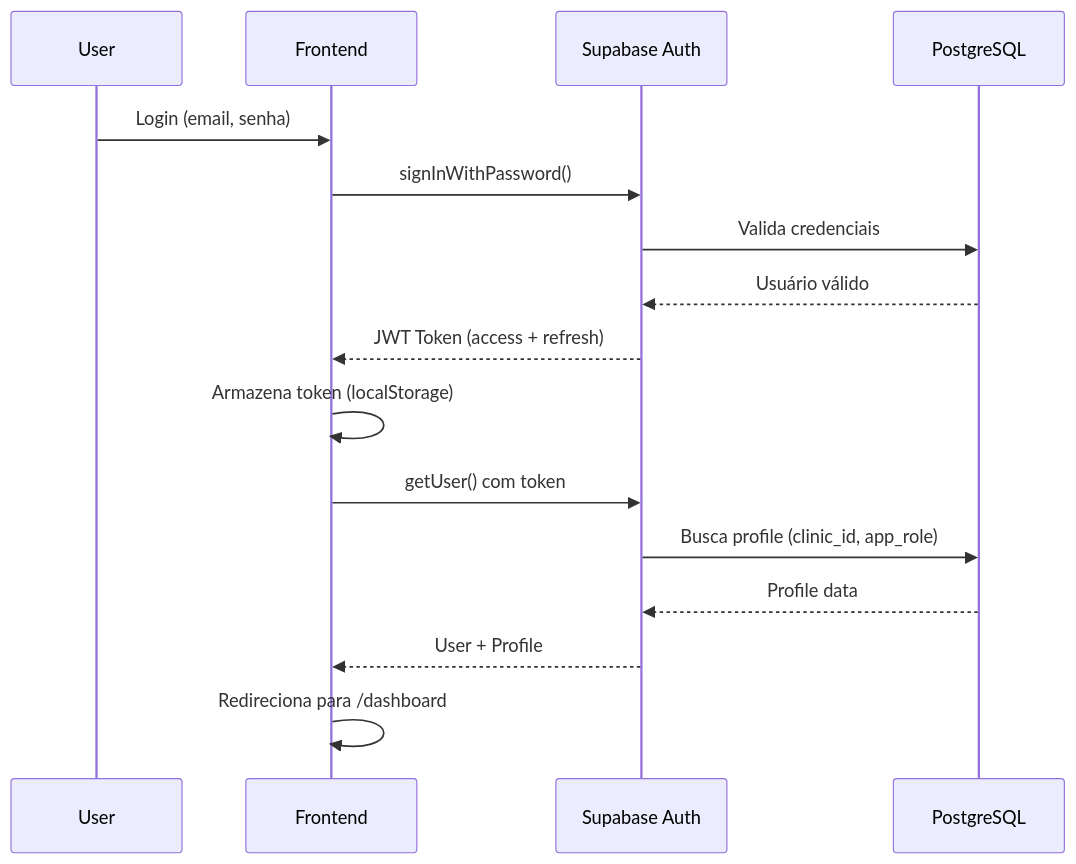
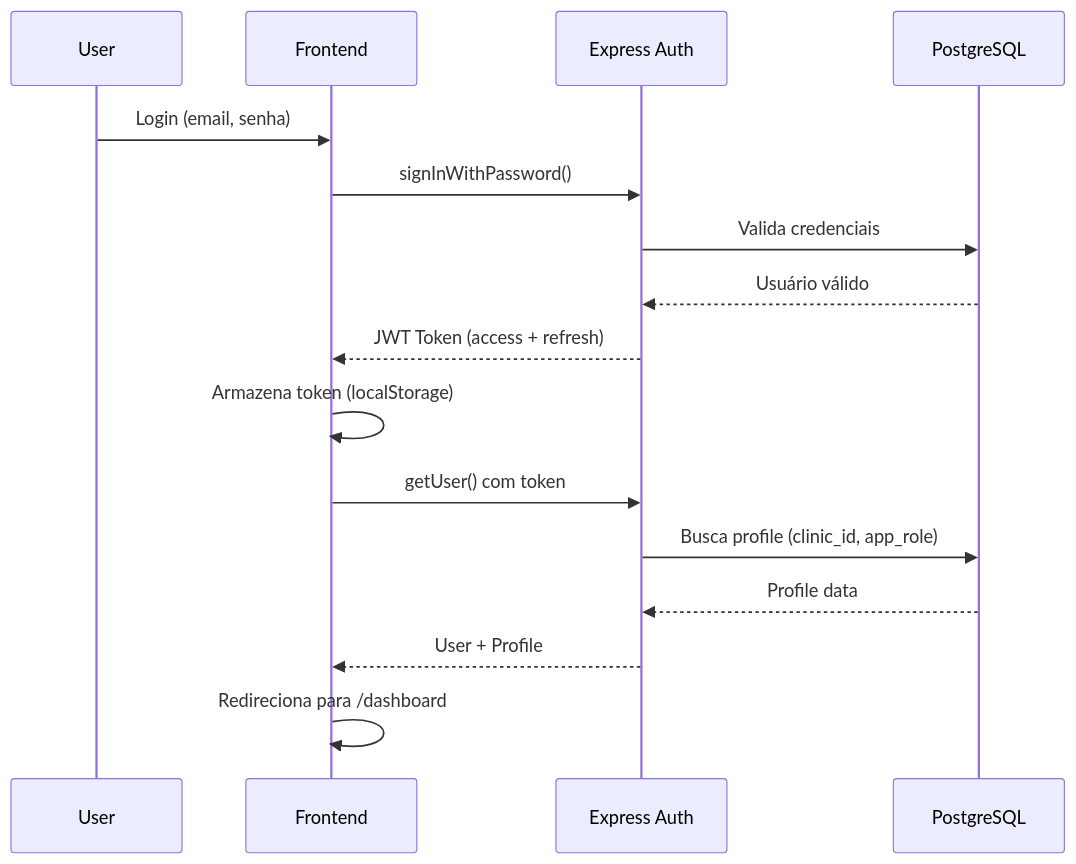
The fourth of 6 diagrams in docs/GUIAS-TECNICO/01-ARQUITETURA-GERAL.md (B0yZ4kr14/ortho-plus-modules-07b53a29), drawn with Mermaid before and after one commit. The commit also changed other lines of this file and 112 other files, not shown here.

First line of the commit message:
docs: add migration guides, architecture docs, and validation reports

````diff
--- a/docs/GUIAS-TECNICO/01-ARQUITETURA-GERAL.md
+++ b/docs/GUIAS-TECNICO/01-ARQUITETURA-GERAL.md
@@ -372,19 +372,19 @@
 ```mermaid
 sequenceDiagram
     participant U as User
     participant F as Frontend
-    participant SA as Supabase Auth
+    participant SA as Express Auth
     participant DB as PostgreSQL
     
     U->>F: Login (email, senha)
     F->>SA: signInWithPassword()
     SA->>DB: Valida credenciais
     DB-->>SA: Usuário válido
     SA-->>F: JWT Token (access + refresh)
     F->>F: Armazena token (localStorage)
     F->>SA: getUser() com token
     SA->>DB: Busca profile (clinic_id, app_role)
     DB-->>SA: Profile data
     SA-->>F: User + Profile
     F->>F: Redireciona para /dashboard
 ```
````
